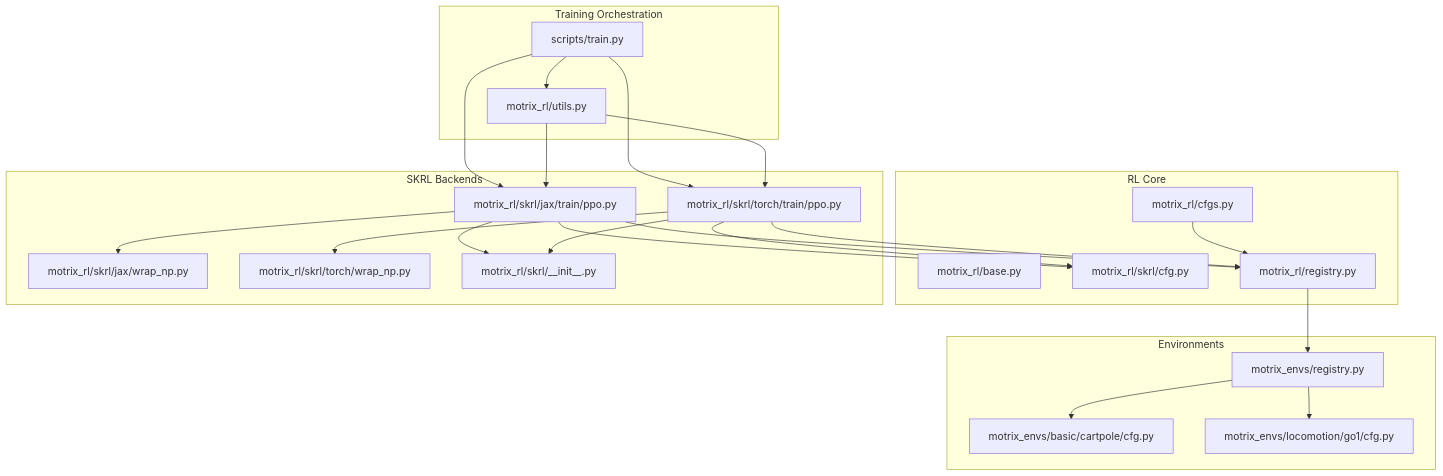
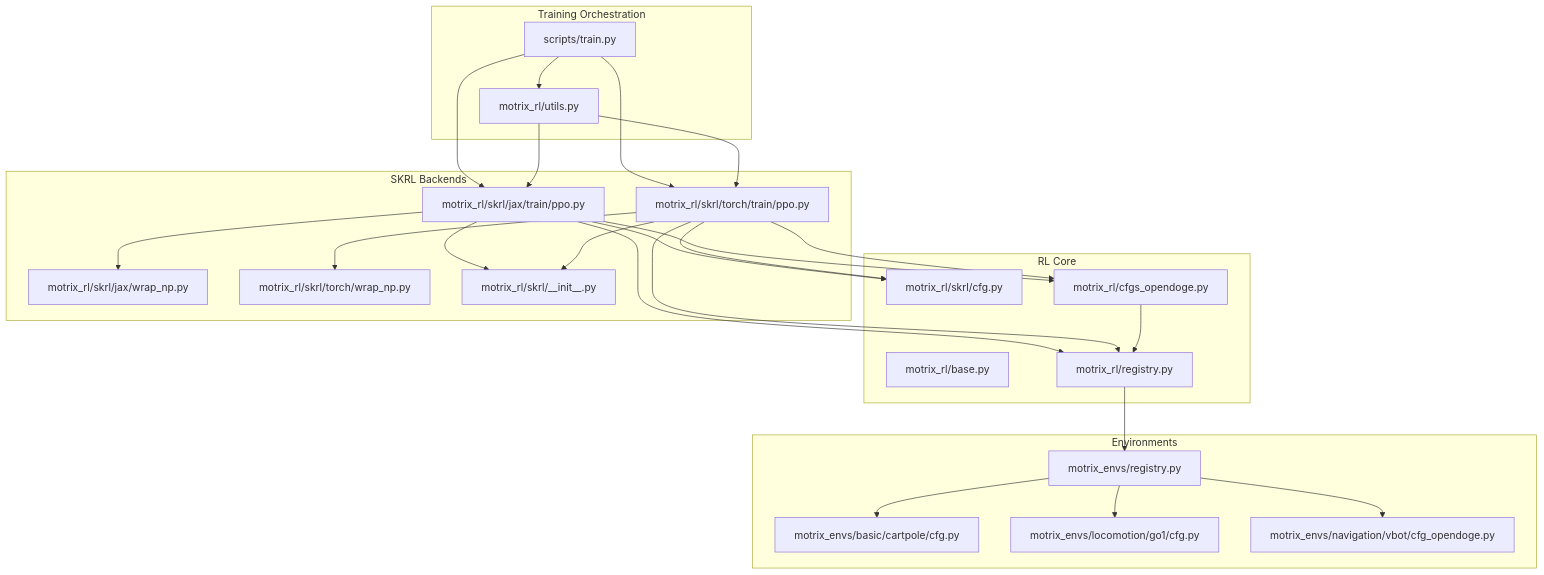
One commit to jayjayhust/MotrixLab changed the first of 10 diagrams in .qoder/repowiki/en/content/Training Framework Integration/Training Framework Integration.md. Above: the diagram before and after it, drawn with Mermaid. The commit also changed other lines of this file and 8 other files, not shown here.

````diff
--- a/.qoder/repowiki/en/content/Training Framework Integration/Training Framework Integration.md
+++ b/.qoder/repowiki/en/content/Training Framework Integration/Training Framework Integration.md
@@ -45,42 +54,46 @@
 ```mermaid
 graph TB
 subgraph "Training Orchestration"
 TrainScript["scripts/train.py"]
 Utils["motrix_rl/utils.py"]
 end
 subgraph "RL Core"
 BaseCfg["motrix_rl/base.py"]
 SkrlCfg["motrix_rl/skrl/cfg.py"]
 Registry["motrix_rl/registry.py"]
-Cfgs["motrix_rl/cfgs.py"]
+OpenDogeCfgs["motrix_rl/cfgs_opendoge.py"]
 end
 subgraph "SKRL Backends"
 JaxTrainer["motrix_rl/skrl/jax/train/ppo.py"]
 TorchTrainer["motrix_rl/skrl/torch/train/ppo.py"]
 JaxWrap["motrix_rl/skrl/jax/wrap_np.py"]
 TorchWrap["motrix_rl/skrl/torch/wrap_np.py"]
 LogDir["motrix_rl/skrl/__init__.py"]
 end
 subgraph "Environments"
 EnvRegistry["motrix_envs/registry.py"]
 CartCfg["motrix_envs/basic/cartpole/cfg.py"]
 Go1Cfg["motrix_envs/locomotion/go1/cfg.py"]
+OpenDogeCfg["motrix_envs/navigation/vbot/cfg_opendoge.py"]
 end
 TrainScript --> Utils
 TrainScript --> JaxTrainer
 TrainScript --> TorchTrainer
 Utils --> JaxTrainer
 Utils --> TorchTrainer
 JaxTrainer --> SkrlCfg
 TorchTrainer --> SkrlCfg
 JaxTrainer --> Registry
 TorchTrainer --> Registry
+JaxTrainer --> OpenDogeCfgs
+TorchTrainer --> OpenDogeCfgs
 JaxTrainer --> JaxWrap
 TorchTrainer --> TorchWrap
 JaxTrainer --> LogDir
 TorchTrainer --> LogDir
 Registry --> EnvRegistry
-Cfgs --> Registry
+OpenDogeCfgs --> Registry
 EnvRegistry --> CartCfg
 EnvRegistry --> Go1Cfg
+EnvRegistry --> OpenDogeCfg
 ```
````
